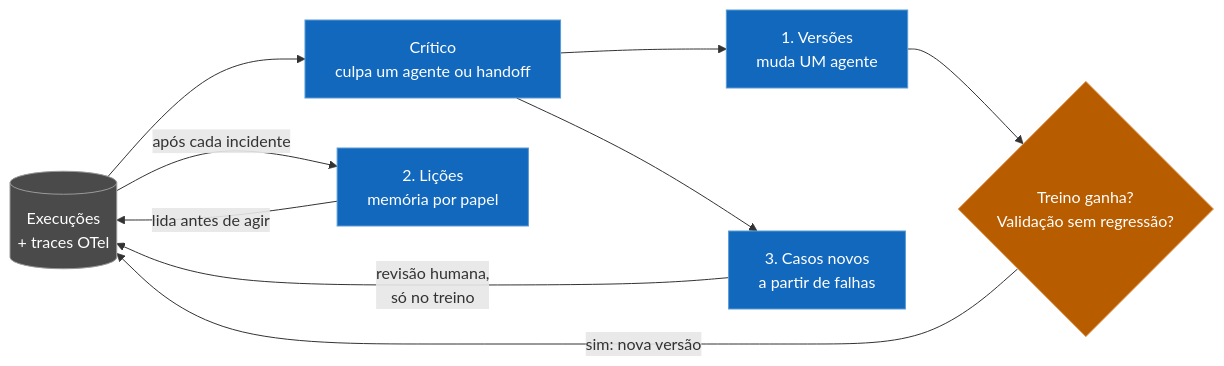
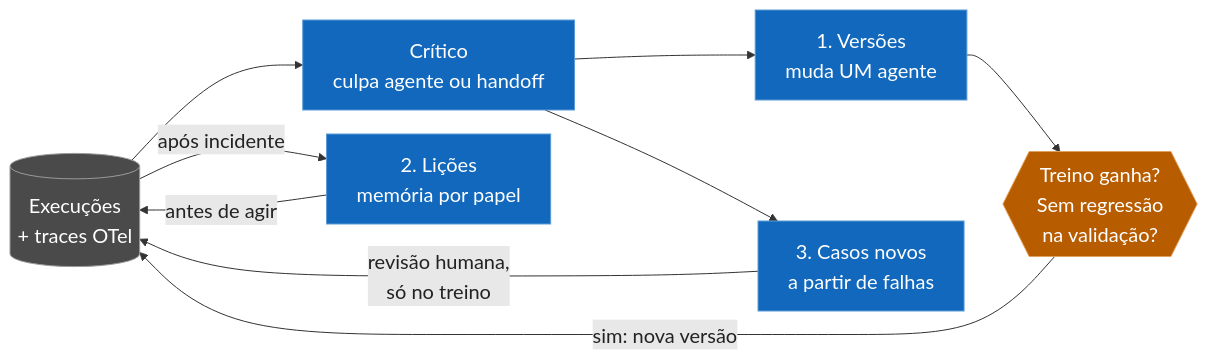
One commit to joaoptpsa/gen-ai-course changed the diagram in projects/course-02-agentic-ai/presentation/diagrams/loops.mmd. Above: the diagram before and after it, drawn with Mermaid. The commit also changed 6 other files, not shown here.

Commit message:
docs: fix claims, timing and diagram readability in course 2 proposal

```diff
--- a/projects/course-02-agentic-ai/presentation/diagrams/loops.mmd
+++ b/projects/course-02-agentic-ai/presentation/diagrams/loops.mmd
@@ -1,30 +1,38 @@
 ---
 config:
   layout: dagre
   look: classic
+  theme: base
+  themeVariables:
+    fontSize: "20px"
+    lineColor: "#333333"
+    edgeLabelBackground: "#e8e8e8"
+    primaryTextColor: "#222222"
   flowchart:
-    wrappingWidth: 320
+    wrappingWidth: 260
+    nodeSpacing: 24
+    rankSpacing: 36
 ---
 flowchart LR
   runs[("Execuções<br/>+ traces OTel")]
-  critic["Crítico<br/>culpa um agente ou handoff"]
+  critic["Crítico<br/>culpa agente ou handoff"]
   versions["1. Versões<br/>muda UM agente"]
   lessons["2. Lições<br/>memória por papel"]
   cases["3. Casos novos<br/>a partir de falhas"]
-  gate{"Treino ganha?<br/>Validação sem regressão?"}
+  gate{{"Treino ganha?<br/>Sem regressão<br/>na validação?"}}
 
   runs --> critic
   critic --> versions
   versions --> gate
   gate -->|"sim: nova versão"| runs
-  runs -->|"após cada incidente"| lessons
-  lessons -->|"lida antes de agir"| runs
+  runs -->|"após incidente"| lessons
+  lessons -->|"antes de agir"| runs
   critic --> cases
   cases -->|"revisão humana,<br/>só no treino"| runs
 
   classDef agent fill:#1168bd,stroke:#5b9bd5,color:#ffffff
   classDef gate fill:#b85c00,stroke:#e0a060,color:#ffffff
   classDef store fill:#4a4a4a,stroke:#9a9a9a,color:#ffffff
   class critic,versions,lessons,cases agent
   class gate gate
   class runs store
```
